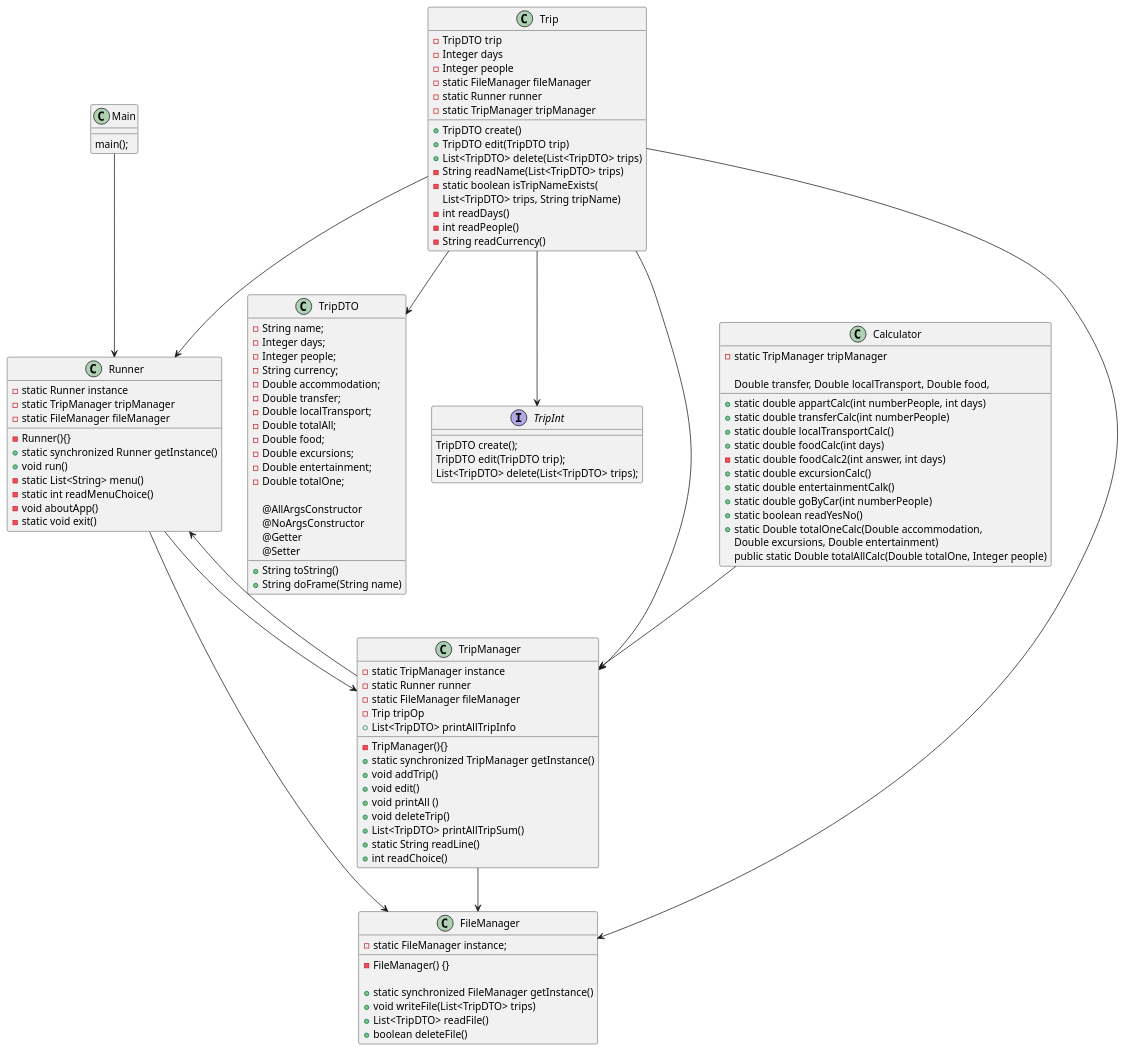
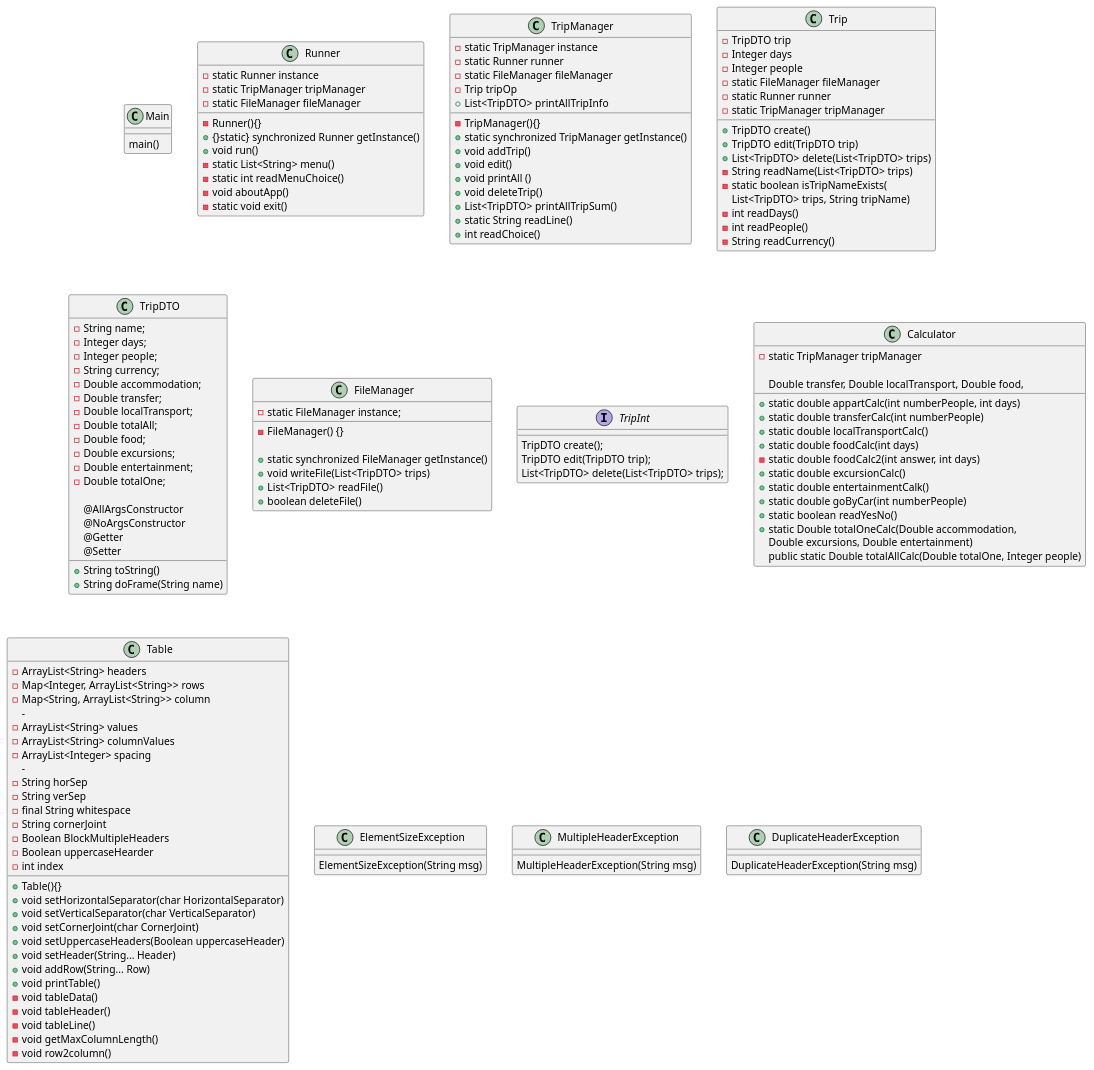
Before and after one commit to LiliyaBaieva/Traveling: the diagram in src/main/resources/Diagram.puml, drawn with PlantUML. The commit also changed 4 other files, not shown here.

Commit message:
Refactoring and diagram

```diff
--- a/src/main/resources/Diagram.puml
+++ b/src/main/resources/Diagram.puml
@@ -1,128 +1,173 @@
 @startuml
 
-Main --> Runner
-Runner --> TripManager
-Runner --> FileManager
-TripManager --> Runner
-TripManager --> FileManager
-Trip --> FileManager
-Trip --> Runner
-Trip --> TripManager
-Calculator --> TripManager
-Trip --> TripDTO
-Trip --> TripInt
+'Main --> Runner
+'Runner --> TripManager
+'Runner --> FileManager
+'TripManager --> Runner
+'TripManager --> FileManager
+'Trip --> FileManager
+'Trip --> Runner
+'Trip --> TripManager
+'Calculator --> TripManager
+'Trip --> TripDTO
+'Trip --> TripInt
 
 class Main {
-  main();
+  main()
 }
 
 class Runner{
    - static Runner instance
    - Runner(){}
-   + static synchronized Runner getInstance()
+   + {}static} synchronized Runner getInstance()
    - static TripManager tripManager
    - static FileManager fileManager
    + void run()
    - static List<String> menu()
    - static int readMenuChoice()
    - void aboutApp()
    - static void exit()
 }
 
 class TripManager{
   - static TripManager instance
   - TripManager(){}
   +static synchronized TripManager getInstance()
   - static Runner runner
   - static FileManager fileManager
   - Trip tripOp
   + void addTrip()
   + void edit()
   + void printAll ()
   +void deleteTrip()
   + List<TripDTO> printAllTripInfo
   + List<TripDTO> printAllTripSum()
   + static String readLine()
   + int readChoice()
 }
 
 class Trip {
   - TripDTO trip
   - Integer days
   - Integer people
   - static FileManager fileManager
   - static Runner runner
   - static TripManager tripManager
   + TripDTO create()
   + TripDTO edit(TripDTO trip)
   + List<TripDTO> delete(List<TripDTO> trips)
   - String readName(List<TripDTO> trips)
   - static boolean isTripNameExists(
           List<TripDTO> trips, String tripName)
   - int readDays()
   - int readPeople()
   - String readCurrency()
 }
 
 class TripDTO {
 
   - String name;
   - Integer days;
   - Integer people;
   - String currency;
   - Double accommodation;
   - Double transfer;
   - Double localTransport;
   - Double totalAll;
   - Double food;
   - Double excursions;
   - Double entertainment;
   - Double totalOne;
 
   @AllArgsConstructor
   @NoArgsConstructor
   @Getter
   @Setter
 
   + String toString()
   + String doFrame(String name)
 }
 
-interface TripInt {
-  TripDTO create();
-  TripDTO edit(TripDTO trip);
-  List<TripDTO> delete(List<TripDTO> trips);
-}
-
-
 class FileManager {
   - static FileManager instance;
 
   - FileManager() {}
 
   + static synchronized FileManager getInstance()
   + void writeFile(List<TripDTO> trips)
   + List<TripDTO> readFile()
   + boolean deleteFile()
+}
+
+interface TripInt {
+  TripDTO create();
+  TripDTO edit(TripDTO trip);
+  List<TripDTO> delete(List<TripDTO> trips);
 }
 
 class Calculator {
 
   - static TripManager tripManager
 
   + static double appartCalc(int numberPeople, int days)
   + static double transferCalc(int numberPeople)
   + static double localTransportCalc()
   + static double foodCalc(int days)
   - static double foodCalc2(int answer, int days)
   + static double excursionCalc()
   + static double entertainmentCalk()
   + static double goByCar(int numberPeople)
   + static boolean readYesNo()
   + static Double totalOneCalc(Double accommodation,
       Double transfer, Double localTransport, Double food,
       Double excursions, Double entertainment)
   public static Double totalAllCalc(Double totalOne, Integer people)
 }
 
+class Table {
+
+  - ArrayList<String> headers
+  - Map<Integer, ArrayList<String>> rows
+  - Map<String, ArrayList<String>> column
+  -
+  - ArrayList<String> values
+  - ArrayList<String> columnValues
+  - ArrayList<Integer> spacing
+  -
+  - String horSep
+  - String verSep
+  - final String whitespace
+  - String cornerJoint
+  - Boolean BlockMultipleHeaders
+  - Boolean uppercaseHearder
+  - int index
+
+  + Table(){}
+  + void setHorizontalSeparator(char HorizontalSeparator)
+  + void setVerticalSeparator(char VerticalSeparator)
+  + void setCornerJoint(char CornerJoint)
+  + void setUppercaseHeaders(Boolean uppercaseHeader)
+  + void setHeader(String... Header)
+  + void addRow(String... Row)
+  + void printTable()
+  - void tableData()
+  - void tableHeader()
+  - void tableLine()
+  - void getMaxColumnLength()
+  - void row2column()
+}
+
+
+class ElementSizeException {
+  ElementSizeException(String msg)
+}
+
+class MultipleHeaderException {
+  MultipleHeaderException(String msg)
+}
+
+class DuplicateHeaderException {
+  DuplicateHeaderException(String msg)
+}
+
 @enduml
```
